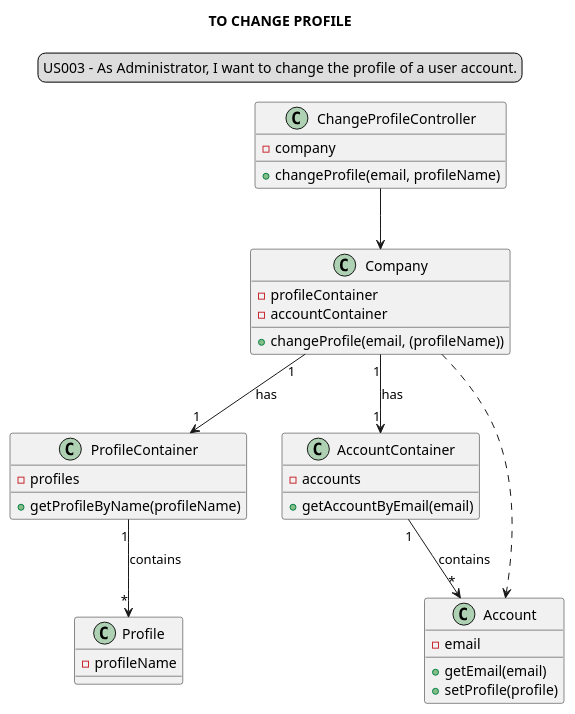
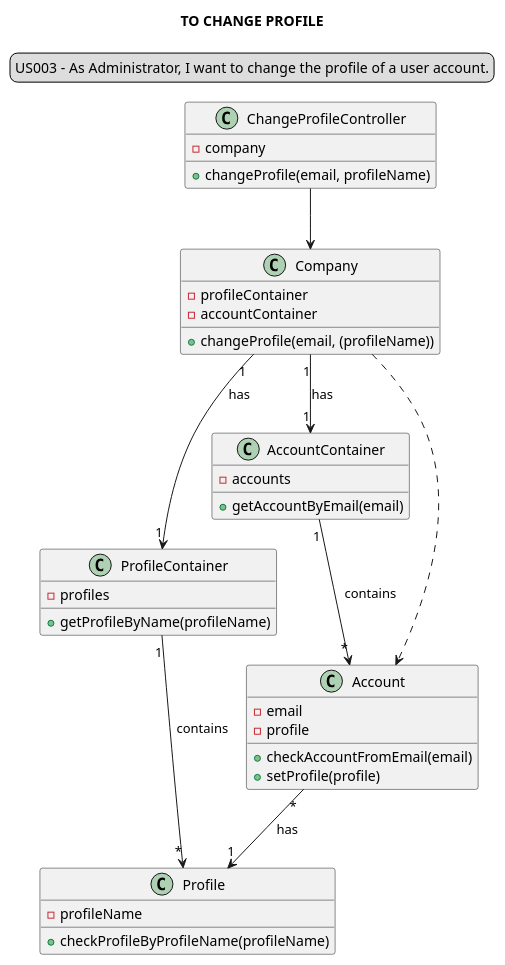
The diagram in docs/modelling_design/user_stories/sprint01/us003/US003_classDiagram.puml (Loracline/project_switch_22-23), drawn with PlantUML before and after one commit. The commit also changed 19 other files, not shown here.

First line of the commit message:
US014: Development: Code refinement. US014:  Design : Refinement of Sequence Diagram	and Class Diagram.

```diff
--- a/docs/modelling_design/user_stories/sprint01/us003/US003_classDiagram.puml
+++ b/docs/modelling_design/user_stories/sprint01/us003/US003_classDiagram.puml
@@ -1,48 +1,51 @@
 @startuml
 
 skinparam sequenceMessageAlign center
 title TO CHANGE PROFILE
 legend top
 US003 - As Administrator, I want to change the profile of a user account.
 end legend
 
 class ChangeProfileController {
 -company
 +changeProfile(email, profileName)
 }
 
 class Company {
 -profileContainer
 -accountContainer
 +changeProfile(email, (profileName))
 }
 
 class ProfileContainer {
 -profiles
 +getProfileByName(profileName)
 }
 
 class AccountContainer {
 -accounts
 +getAccountByEmail(email)
 }
 
 class Account{
 -email
-+getEmail(email)
+-profile
++checkAccountFromEmail(email)
 +setProfile(profile)
 }
 
 class Profile{
 -profileName
++ checkProfileByProfileName(profileName)
 }
 
 
 ChangeProfileController --> Company
 Company "1"-->"1" AccountContainer: has
 Company "1"-->"1" ProfileContainer: has
 Company ..> Account
 AccountContainer "1"-->"*" Account: contains
 ProfileContainer "1"-->"*" Profile: contains
+Account "*"-->"1" Profile: has
 
 @enduml
```
